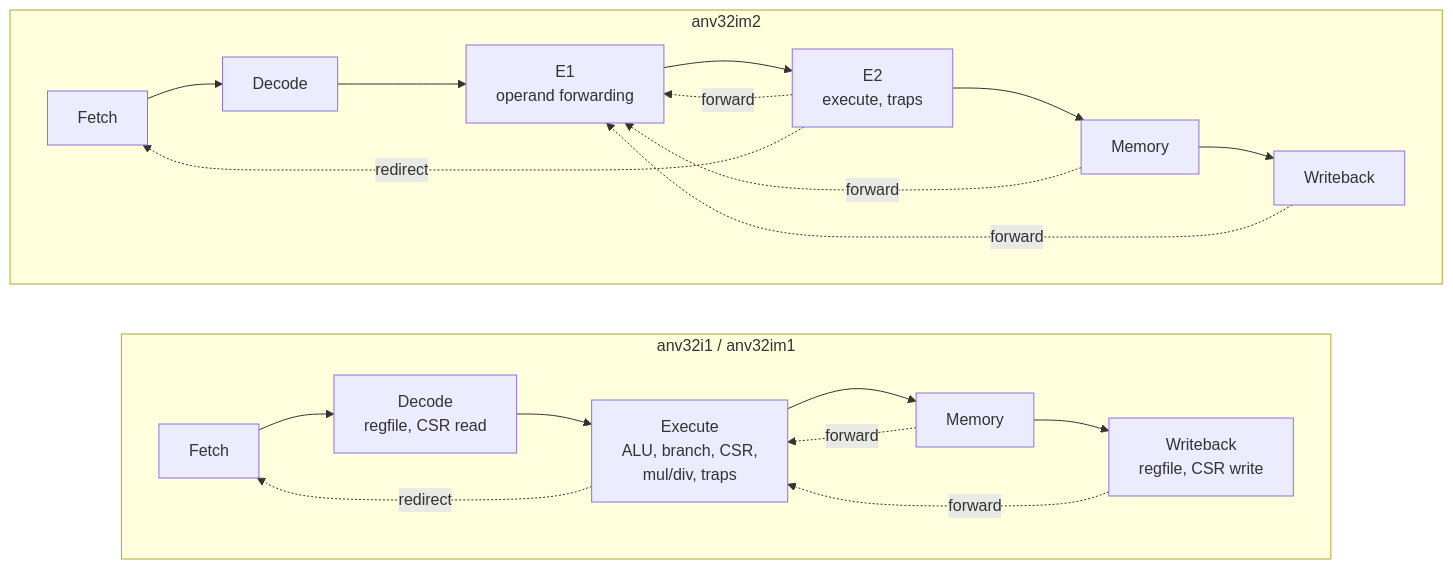
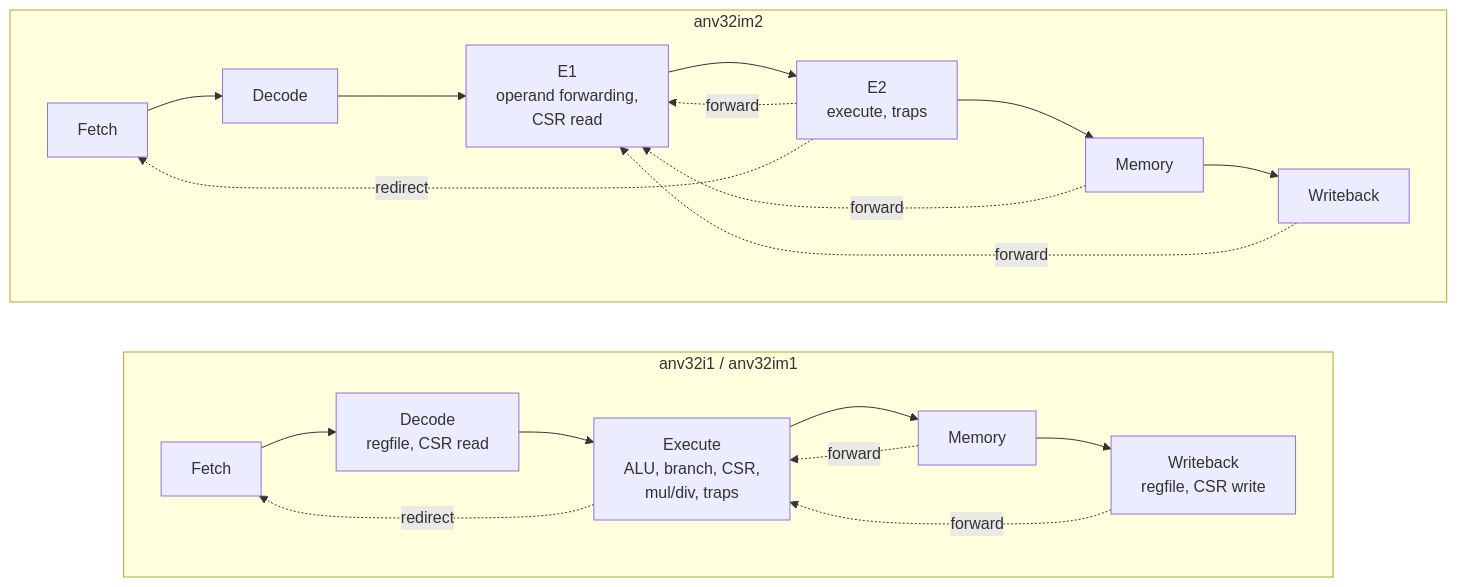
One commit to sonmezarda/anv32 changed the first of 2 diagrams in README.md. Above: the diagram before and after it, drawn with Mermaid. The commit also changed 1 other file, not shown here.

Commit message:
Read CSRs in E1 on anv32im2
D used to decode the CSR address from the fetched word, compare it with
every implemented CSR and register the read data, so the fetch output,
the decoder and the CSR read mux shared one cycle. That was the longest
path on the GW1NR-9. The CSR file is now read in E1 with the address
already in the D/E1 register, and the existing E1 bypass of older CSR
writes in M and W covers the value; D no longer touches the CSR file.

````diff
--- a/README.md
+++ b/README.md
@@ -37,18 +37,18 @@
 ```mermaid
 flowchart LR
     subgraph c1 ["anv32i1 / anv32im1"]
         direction LR
         F1[Fetch] --> D1["Decode<br/>regfile, CSR read"] --> E1["Execute<br/>ALU, branch, CSR,<br/>mul/div, traps"] --> M1[Memory] --> W1["Writeback<br/>regfile, CSR write"]
         M1 -. forward .-> E1
         W1 -. forward .-> E1
         E1 -. redirect .-> F1
     end
     subgraph c2 ["anv32im2"]
         direction LR
-        F2[Fetch] --> D2[Decode] --> X1["E1<br/>operand forwarding"] --> X2["E2<br/>execute, traps"] --> M2[Memory] --> W2[Writeback]
+        F2[Fetch] --> D2[Decode] --> X1["E1<br/>operand forwarding,<br/>CSR read"] --> X2["E2<br/>execute, traps"] --> M2[Memory] --> W2[Writeback]
         X2 -. forward .-> X1
         M2 -. forward .-> X1
         W2 -. forward .-> X1
         X2 -. redirect .-> F2
     end
 ```
````
